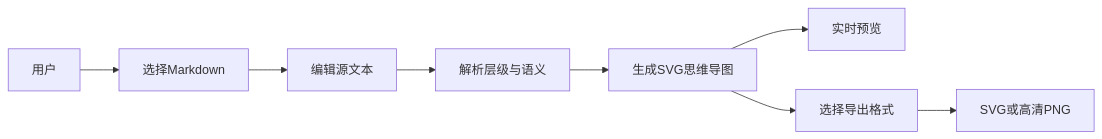
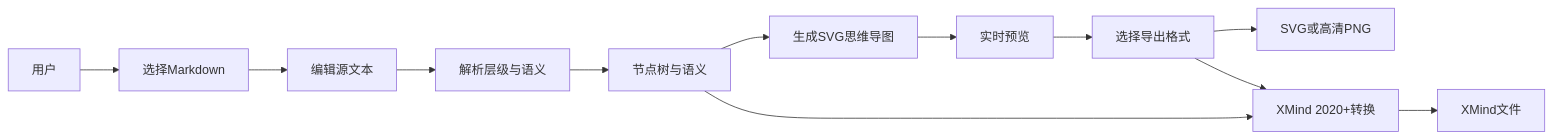
The second of 4 diagrams in doc/模块说明文档.md (ddll8023/mindmap), drawn with Mermaid before and after one commit. The commit also changed other lines of this file and 8 other files, not shown here.

Commit message:
feat: support XMind export

````diff
--- a/doc/模块说明文档.md
+++ b/doc/模块说明文档.md
@@ -410,10 +424,14 @@
 ```mermaid
 flowchart LR
     User[用户] --> Choose[选择Markdown]
     Choose --> Editor[编辑源文本]
     Editor --> Parse[解析层级与语义]
-    Parse --> Render[生成SVG思维导图]
+    Parse --> Tree[节点树与语义]
+    Tree --> Render[生成SVG思维导图]
     Render --> Preview[实时预览]
-    Render --> ExportDialog[选择导出格式]
-    ExportDialog --> Output[SVG或高清PNG]
+    Preview --> ExportDialog[选择导出格式]
+    ExportDialog --> GraphicOutput[SVG或高清PNG]
+    Tree --> XMindConvert[XMind 2020+转换]
+    ExportDialog --> XMindConvert
+    XMindConvert --> XMindOutput[XMind文件]
 ```
````
